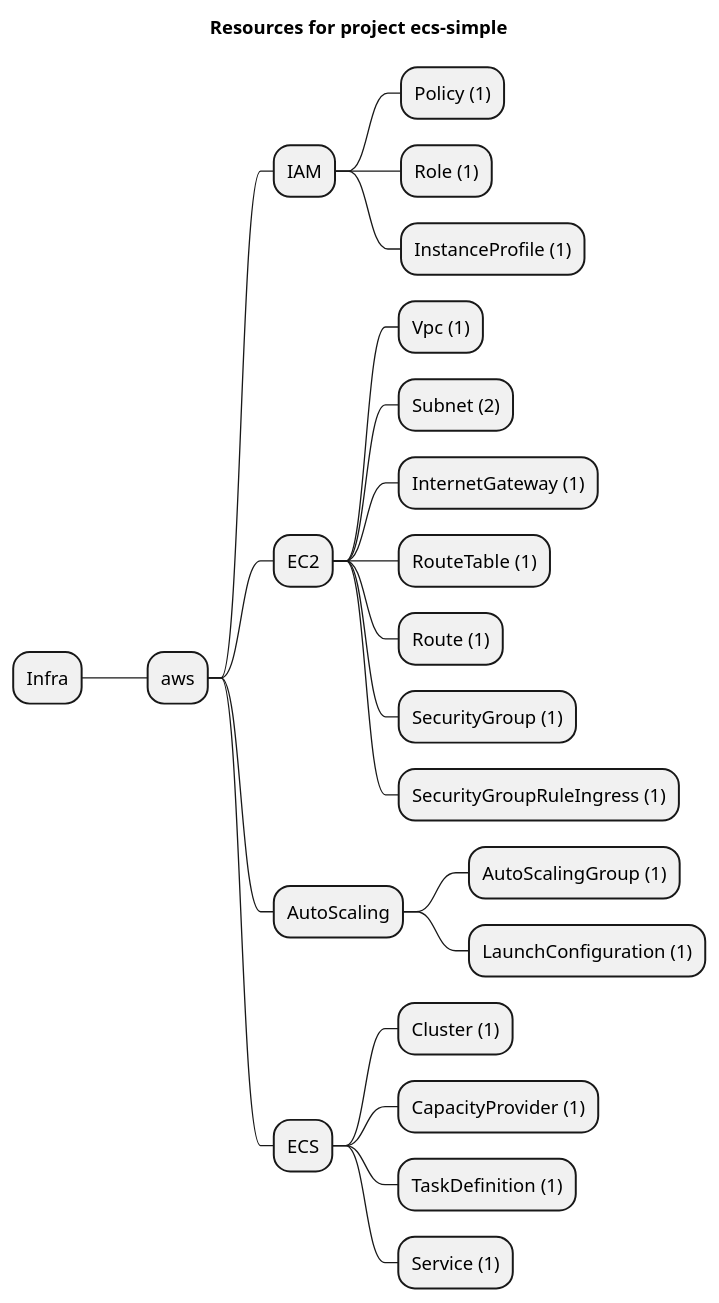
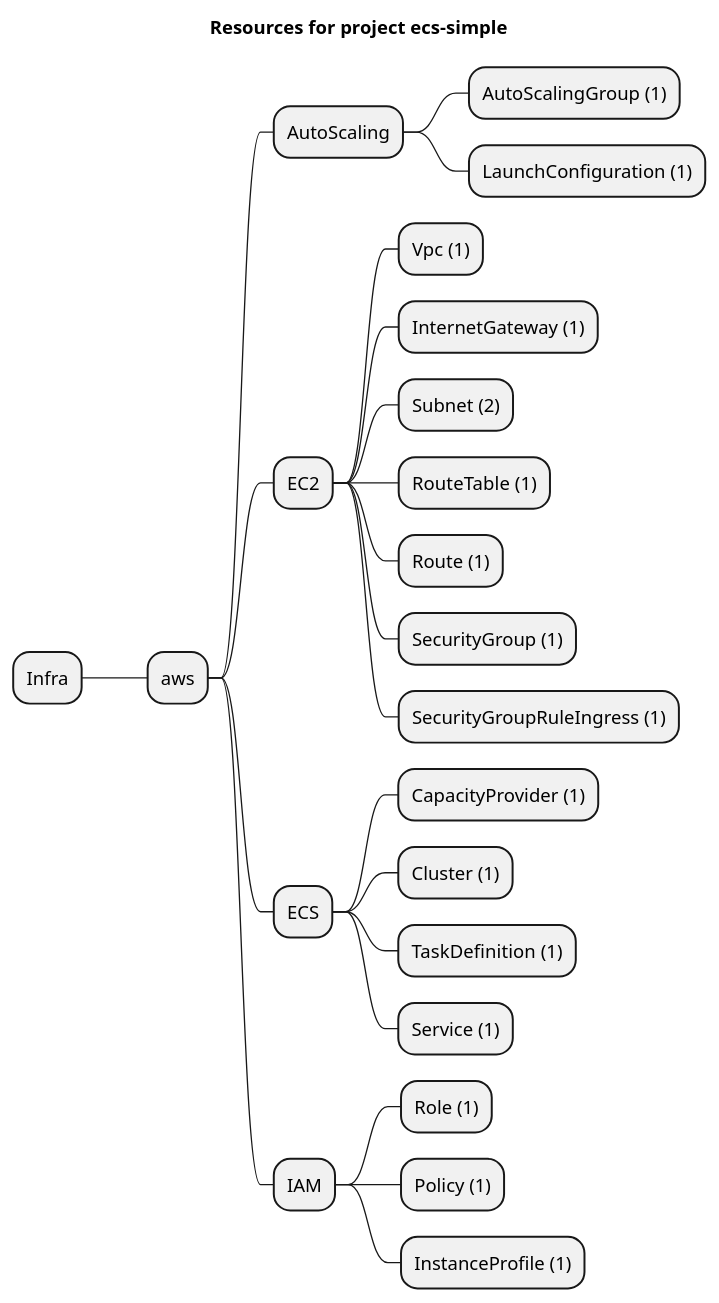
One commit to grucloud/grucloud changed the diagram in examples/aws/ecs/ecs-simple/artifacts/resources-mindmap.puml. Above: the diagram before and after it, drawn with PlantUML. The commit also changed other lines of this file and 229 other files, not shown here.

```diff
--- a/examples/aws/ecs/ecs-simple/artifacts/resources-mindmap.puml
+++ b/examples/aws/ecs/ecs-simple/artifacts/resources-mindmap.puml
@@ -1,26 +1,26 @@
 @startmindmap
 title Resources for project ecs-simple
 skinparam monochrome true
 + Infra
 ++ aws
-+++ IAM
-++++ Policy (1)
-++++ Role (1)
-++++ InstanceProfile (1)
++++ AutoScaling
+++++ AutoScalingGroup (1)
+++++ LaunchConfiguration (1)
 +++ EC2
 ++++ Vpc (1)
+++++ InternetGateway (1)
 ++++ Subnet (2)
-++++ InternetGateway (1)
 ++++ RouteTable (1)
 ++++ Route (1)
 ++++ SecurityGroup (1)
 ++++ SecurityGroupRuleIngress (1)
-+++ AutoScaling
-++++ AutoScalingGroup (1)
-++++ LaunchConfiguration (1)
 +++ ECS
+++++ CapacityProvider (1)
 ++++ Cluster (1)
-++++ CapacityProvider (1)
 ++++ TaskDefinition (1)
 ++++ Service (1)
++++ IAM
+++++ Role (1)
+++++ Policy (1)
+++++ InstanceProfile (1)
 @endmindmap
```
